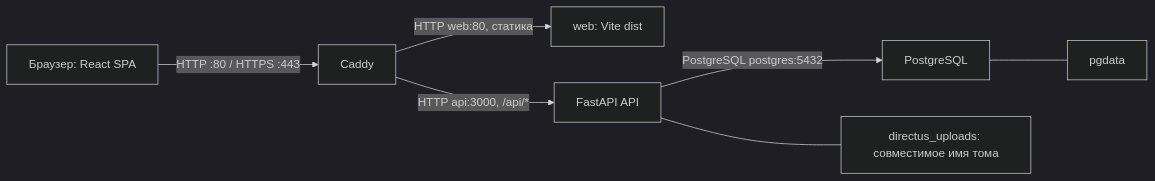
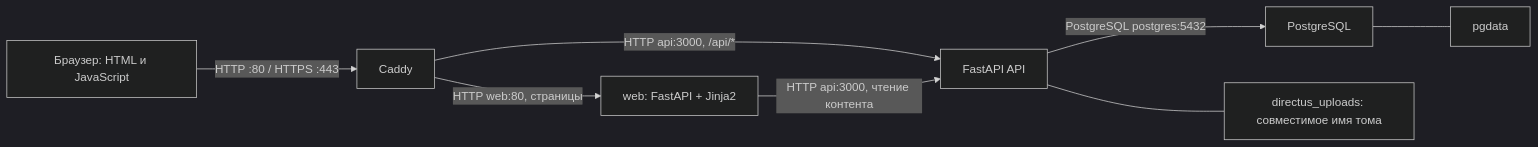
One commit to Bogolubov-creator/hse-law-alumni-club changed the diagram in README.md. Above: the diagram before and after it, drawn with Mermaid (dark theme). The commit also changed other lines of this file and 359 other files, not shown here.

Commit message:
Migrate site to FastAPI and Jinja2

````diff
--- a/README.md
+++ b/README.md
@@ -168,9 +163,10 @@
 ```mermaid
 flowchart LR
-  B["Браузер: React SPA"] -->|"HTTP :80 / HTTPS :443"| C["Caddy"]
-  C -->|"HTTP web:80, статика"| W["web: Vite dist"]
+  B["Браузер: HTML и JavaScript"] -->|"HTTP :80 / HTTPS :443"| C["Caddy"]
+  C -->|"HTTP web:80, страницы"| W["web: FastAPI + Jinja2"]
   C -->|"HTTP api:3000, /api/*"| A["FastAPI API"]
+  W -->|"HTTP api:3000, чтение контента"| A
   A -->|"PostgreSQL postgres:5432"| P["PostgreSQL"]
   P --- V["pgdata"]
   A --- U["directus_uploads: совместимое имя тома"]
 ```
````
